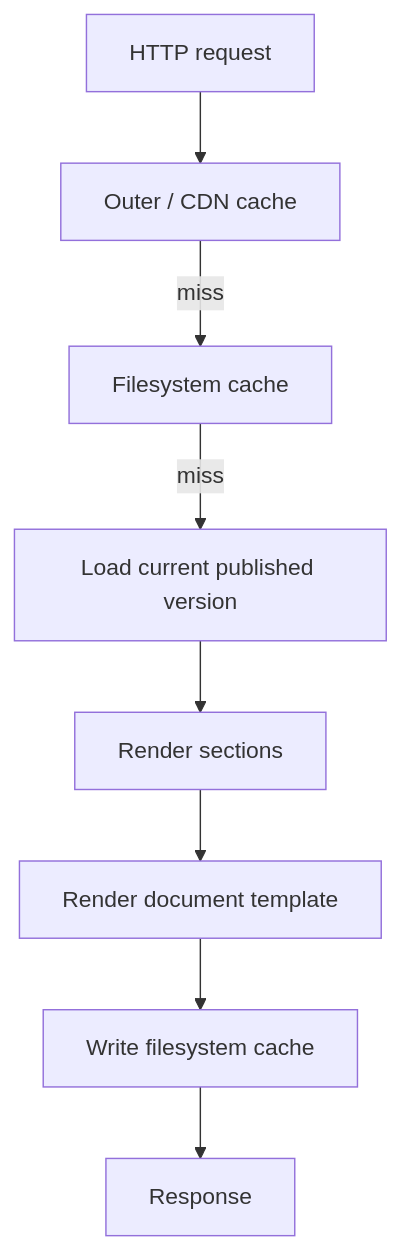
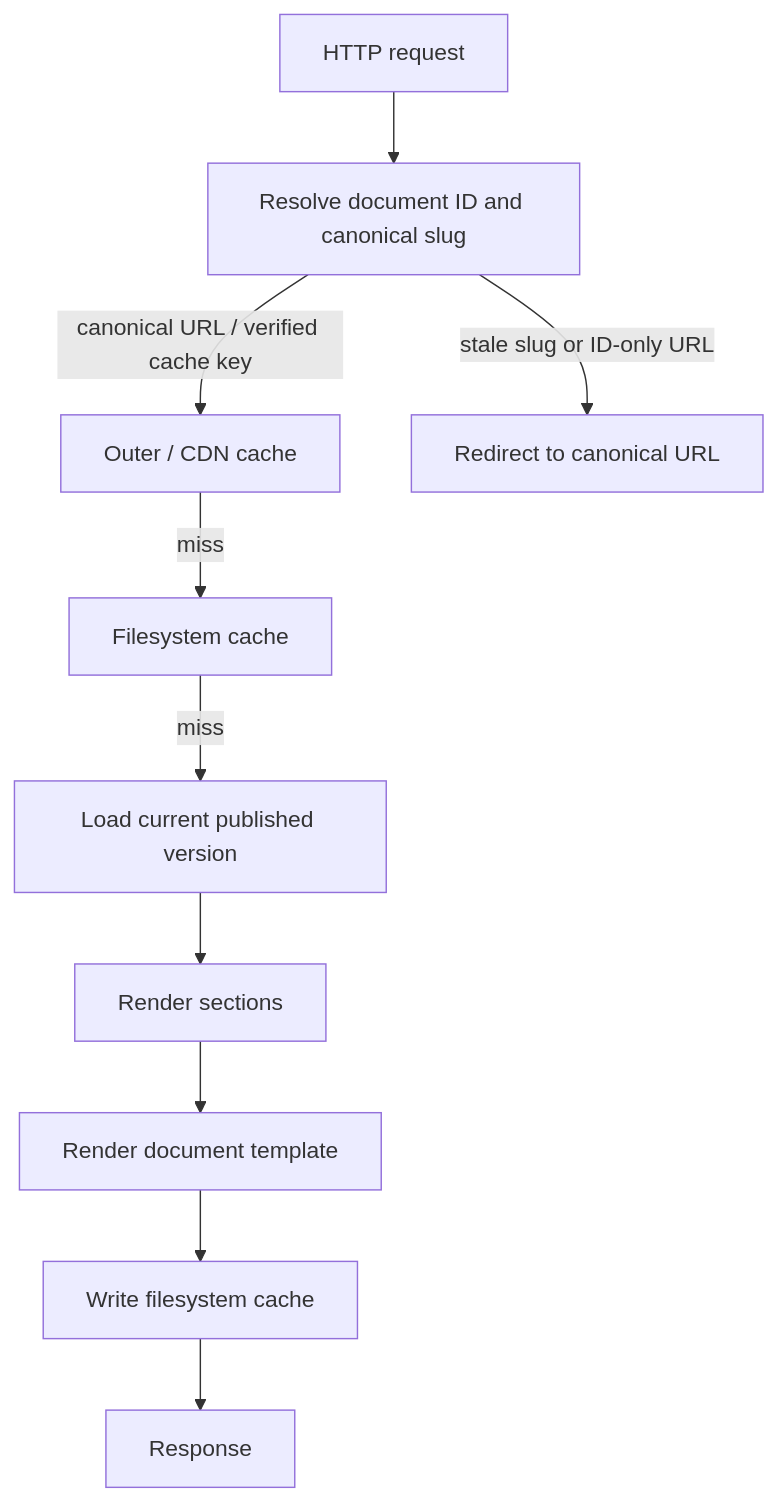
Before and after one commit to Natoandro/verso: the first of 6 diagrams in docs/design/rendering.md, drawn with Mermaid. The commit also changed other lines of this file and 2 other files, not shown here.

Commit message:
docs: define canonical document URLs and cache lifecycle

````diff
--- a/docs/design/rendering.md
+++ b/docs/design/rendering.md
@@ -15,10 +15,12 @@
 ```mermaid
 flowchart TB
-    request["HTTP request"] --> cdn["Outer / CDN cache"]
+    request["HTTP request"] --> resolve["Resolve document ID and canonical slug"]
+    resolve -->|canonical URL / verified cache key| cdn["Outer / CDN cache"]
+    resolve -->|stale slug or ID-only URL| redirect["Redirect to canonical URL"]
     cdn -->|miss| cache["Filesystem cache"]
     cache -->|miss| load["Load current published version"]
     load --> render["Render sections"]
     render --> template["Render document template"]
     template --> write["Write filesystem cache"]
     write --> response["Response"]
 ```
````
